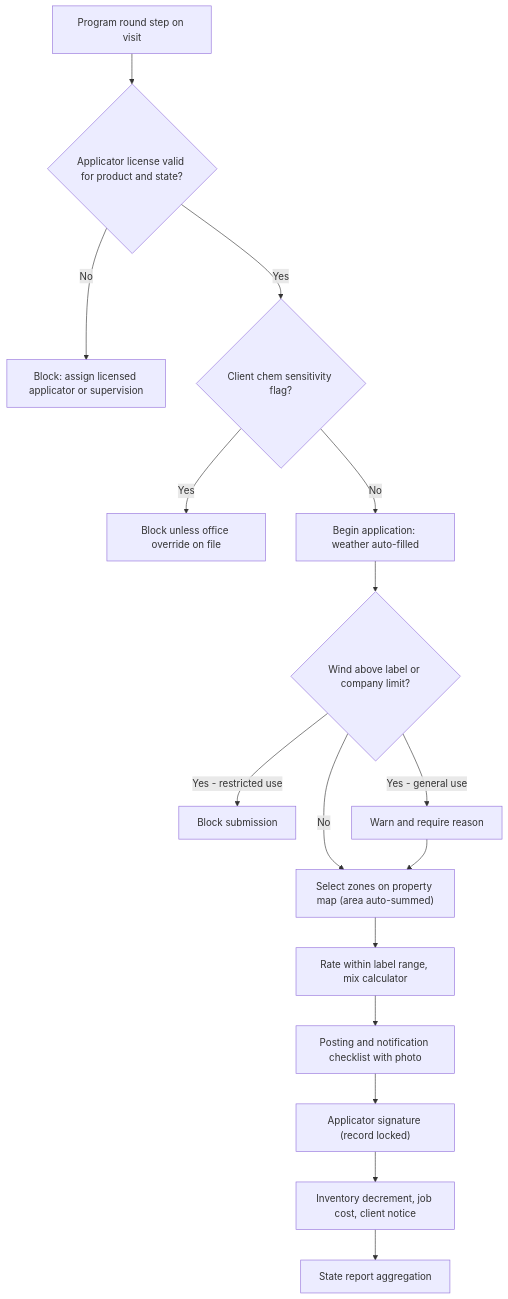
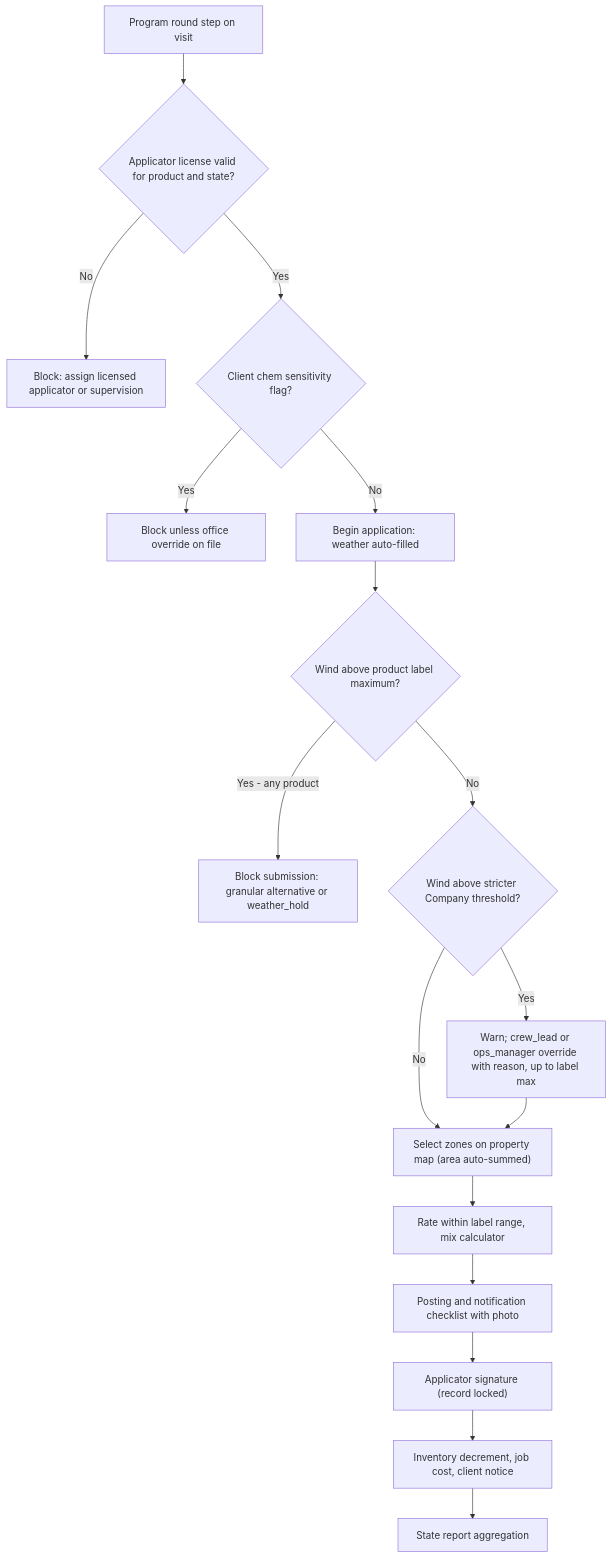
One commit to jdinard/landscape changed the sixth of 11 diagrams in docs/05-field-crew-mobile-app.md. Above: the diagram before and after it, drawn with Mermaid. The commit also changed other lines of this file and 20 other files, not shown here.

````diff
--- a/docs/05-field-crew-mobile-app.md
+++ b/docs/05-field-crew-mobile-app.md
@@ -1081,18 +1081,19 @@
 ```mermaid
 flowchart TD
     A["Program round step on visit"] --> B{"Applicator license valid for product and state?"}
     B -->|No| C["Block: assign licensed applicator or supervision"]
     B -->|Yes| D{"Client chem sensitivity flag?"}
     D -->|Yes| E["Block unless office override on file"]
     D -->|No| F["Begin application: weather auto-filled"]
-    F --> G{"Wind above label or company limit?"}
-    G -->|"Yes - restricted use"| H["Block submission"]
-    G -->|"Yes - general use"| I["Warn and require reason"]
-    G -->|No| J["Select zones on property map (area auto-summed)"]
+    F --> G{"Wind above product label maximum?"}
+    G -->|"Yes - any product"| H["Block submission: granular alternative or weather_hold"]
+    G -->|No| G2{"Wind above stricter Company threshold?"}
+    G2 -->|Yes| I["Warn; crew_lead or ops_manager override with reason, up to label max"]
+    G2 -->|No| J["Select zones on property map (area auto-summed)"]
     I --> J
     J --> K["Rate within label range, mix calculator"]
     K --> L["Posting and notification checklist with photo"]
     L --> M["Applicator signature (record locked)"]
     M --> N["Inventory decrement, job cost, client notice"]
     N --> O["State report aggregation"]
 ```
````
